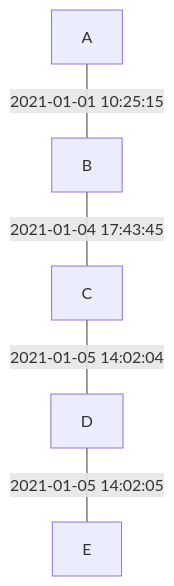
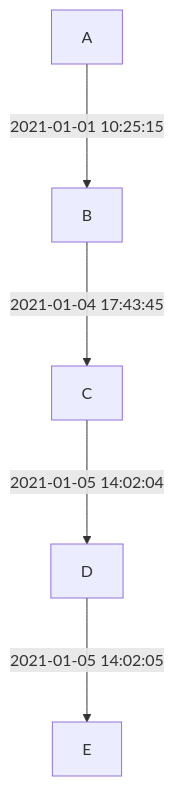
The eighth of 13 diagrams in README.md (jpmmcneill/dbt-graph-theory), drawn with Mermaid before and after one commit. The commit also changed other lines of this file, not shown here.

Commit message:
make ordered graphs obviously ordered

````diff
--- a/README.md
+++ b/README.md
@@ -347,7 +347,7 @@
 ```mermaid
 flowchart
-  A---|2021-01-01 10:25:15|B
-  B---|2021-01-04 17:43:45|C
-  C---|2021-01-05 14:02:04|D
-  D---|2021-01-05 14:02:05|E
+  A--->|2021-01-01 10:25:15|B
+  B--->|2021-01-04 17:43:45|C
+  C--->|2021-01-05 14:02:04|D
+  D--->|2021-01-05 14:02:05|E
 ```
````
